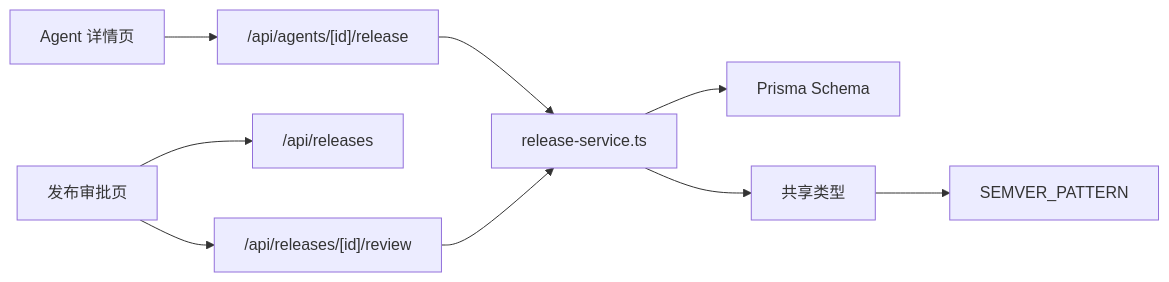
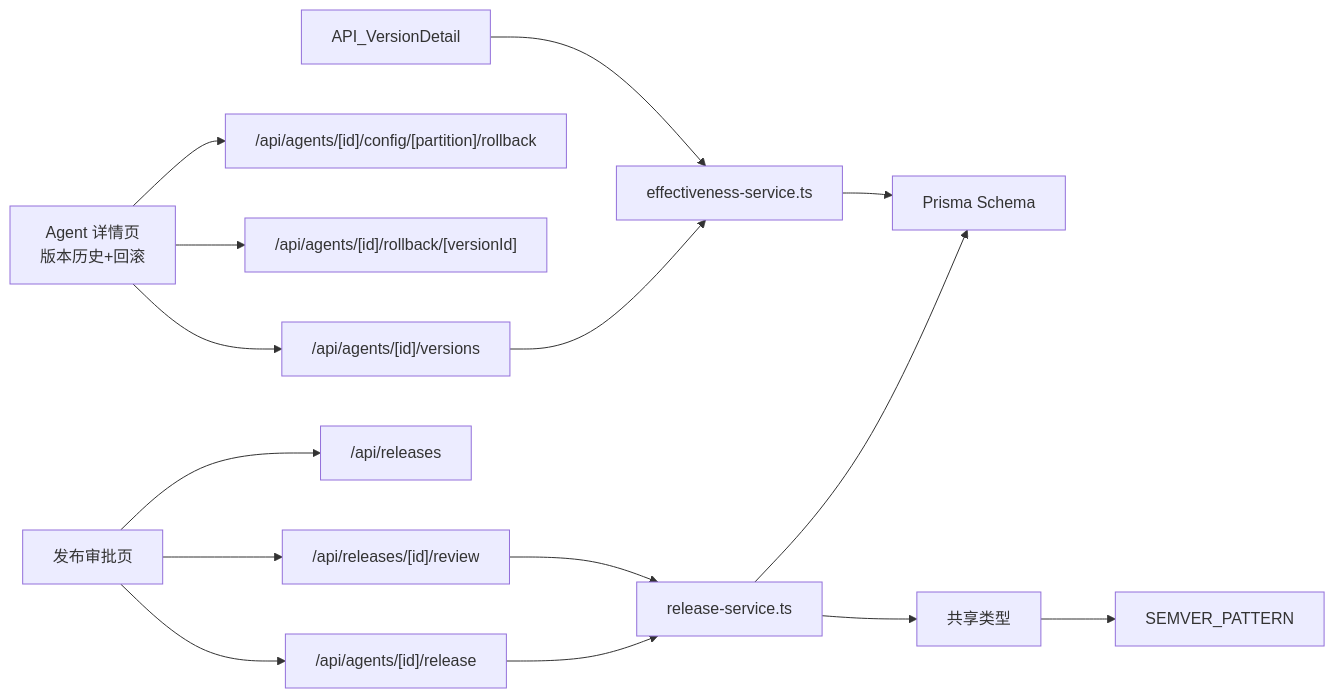
The eighth of 8 diagrams in .qoder/repowiki/zh/content/功能模块/版本控制.md (ai-guru-global/agent-up), drawn with Mermaid before and after one commit. The commit also changed other lines of this file and 59 other files, not shown here.

````diff
--- a/.qoder/repowiki/zh/content/功能模块/版本控制.md
+++ b/.qoder/repowiki/zh/content/功能模块/版本控制.md
@@ -302,11 +439,17 @@
 ```mermaid
 graph LR
-UI_Agent["Agent 详情页"] --> API_Release["/api/agents/[id]/release"]
-UI_Release["发布审批页"] --> API_Releases["/api/releases"]
+UI_Agent["Agent 详情页<br/>版本历史+回滚"] --> API_Versions["/api/agents/[id]/versions"]
+UI_Agent --> API_PartitionRollback["/api/agents/[id]/config/[partition]/rollback"]
+UI_Agent --> API_WholeRollback["/api/agents/[id]/rollback/[versionId]"]
+UI_Release["发布审批页"] --> API_Release["/api/agents/[id]/release"]
+UI_Release --> API_Releases["/api/releases"]
 UI_Release --> API_Review["/api/releases/[id]/review"]
 API_Release --> Service_Release["release-service.ts"]
 API_Review --> Service_Release
+API_Versions --> Service_Effectiveness["effectiveness-service.ts"]
+API_VersionDetail --> Service_Effectiveness
 Service_Release --> DB["Prisma Schema"]
+Service_Effectiveness --> DB
 Service_Release --> Types["共享类型"]
 Types --> SemVer["SEMVER_PATTERN"]
 ```
````
